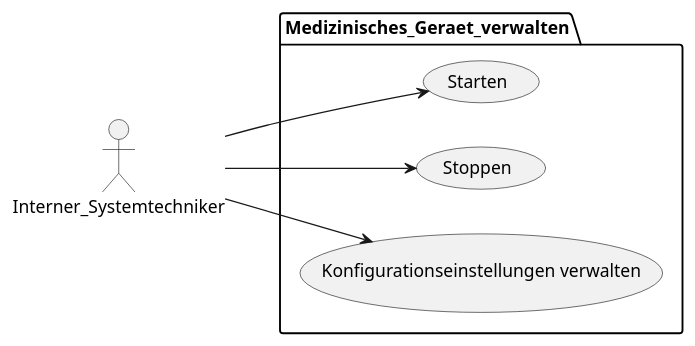
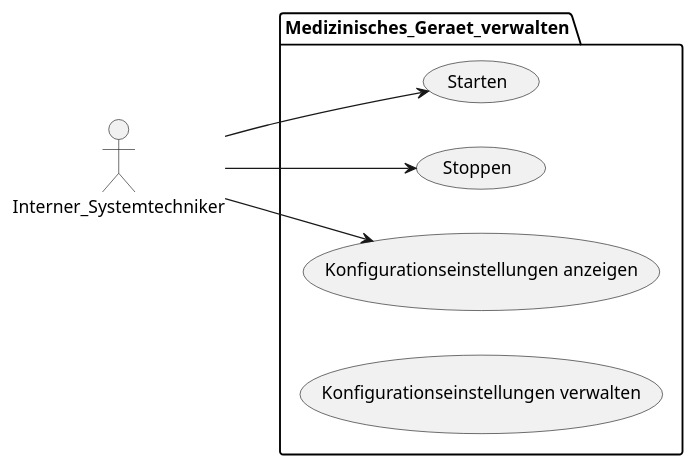
Before and after one commit to helenlaible/ss23-kba-project: the tenth of 12 diagrams in docs/2_planning/1_business_use_cases.md, drawn with PlantUML.

Commit message:
Update 1_business_use_cases.md
Anpassung von UC(Medizinisches Gerát verwalten)

````diff
--- a/docs/2_planning/1_business_use_cases.md
+++ b/docs/2_planning/1_business_use_cases.md
@@ -259,15 +259,16 @@
 ```plantuml UC Medizinisches Geraet verwalten
 @startuml
 left to right direction
 actor Interner_Systemtechniker as is
 package Medizinisches_Geraet_verwalten {
   usecase "Starten" as UC1
   usecase "Stoppen" as UC2
-  usecase "Konfigurationseinstellungen verwalten" as UC3
+  usecase "Konfigurationseinstellungen anzeigen" as UC3
+  usecase "Konfigurationseinstellungen verwalten" as UC4
 }
 
 is --> UC1
 is --> UC2
 is --> UC3
 @enduml
 ```
````
